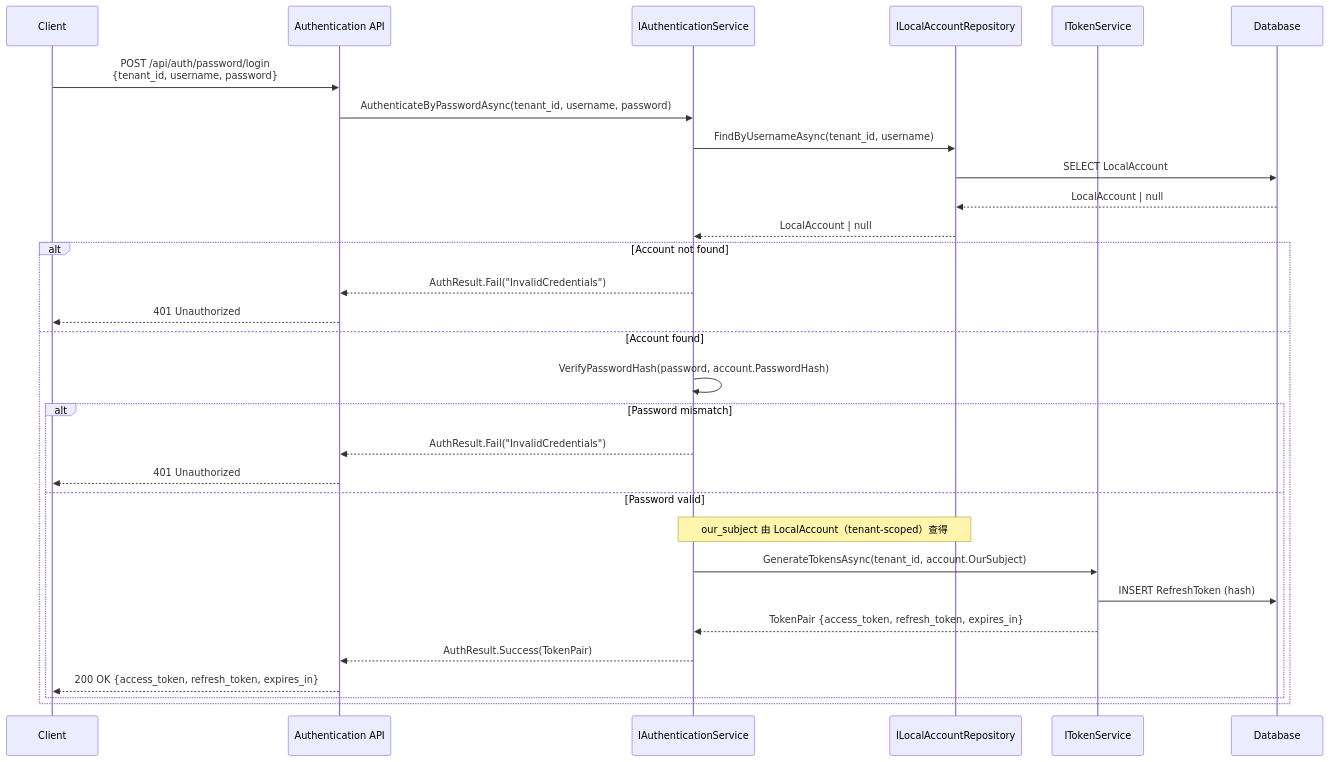
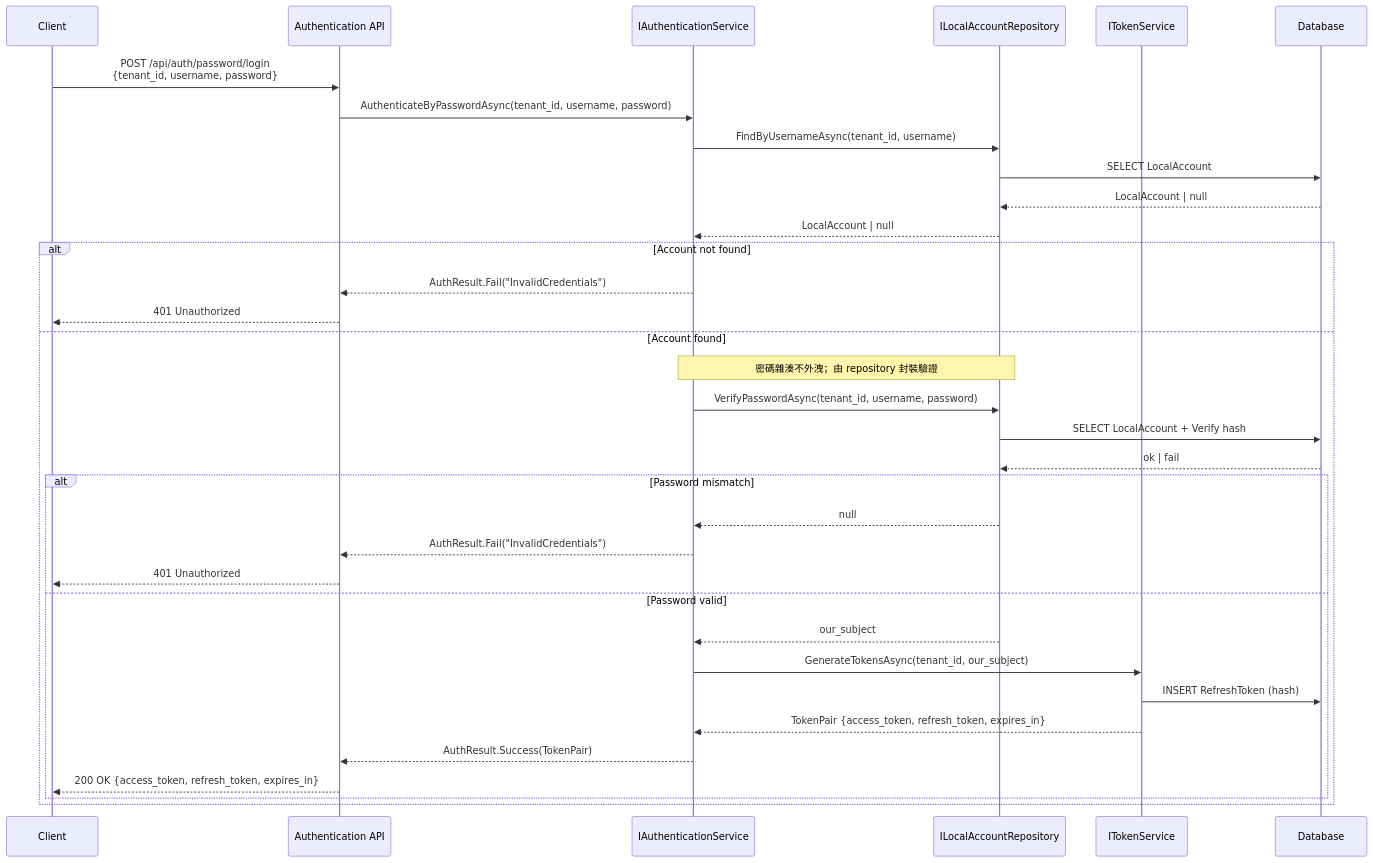
Before and after one commit to Bird73/Service: the first of 12 diagrams in docs/SequenceDiagrams.md, drawn with Mermaid. The commit also changed other lines of this file and 6 other files, not shown here.

Commit message:
Rename authz interface, avoid password hash DTO leakage, and pass AuthStateContext to OIDC exchange

````diff
--- a/docs/SequenceDiagrams.md
+++ b/docs/SequenceDiagrams.md
@@ -9,34 +9,38 @@
 ```mermaid
 sequenceDiagram
     participant C as Client
     participant API as Authentication API
     participant AS as IAuthenticationService
     participant LA as ILocalAccountRepository
     participant TS as ITokenService
     participant DB as Database
 
     C->>API: POST /api/auth/password/login<br/>{tenant_id, username, password}
     API->>AS: AuthenticateByPasswordAsync(tenant_id, username, password)
     AS->>LA: FindByUsernameAsync(tenant_id, username)
     LA->>DB: SELECT LocalAccount
     DB-->>LA: LocalAccount | null
     LA-->>AS: LocalAccount | null
 
     alt Account not found
         AS-->>API: AuthResult.Fail("InvalidCredentials")
         API-->>C: 401 Unauthorized
     else Account found
-        AS->>AS: VerifyPasswordHash(password, account.PasswordHash)
+        note over AS,LA: 密碼雜湊不外洩；由 repository 封裝驗證
+        AS->>LA: VerifyPasswordAsync(tenant_id, username, password)
+        LA->>DB: SELECT LocalAccount + Verify hash
+        DB-->>LA: ok | fail
         alt Password mismatch
+            LA-->>AS: null
             AS-->>API: AuthResult.Fail("InvalidCredentials")
             API-->>C: 401 Unauthorized
         else Password valid
-            note over AS,LA: our_subject 由 LocalAccount（tenant-scoped）查得
-            AS->>TS: GenerateTokensAsync(tenant_id, account.OurSubject)
+            LA-->>AS: our_subject
+            AS->>TS: GenerateTokensAsync(tenant_id, our_subject)
             TS->>DB: INSERT RefreshToken (hash)
             TS-->>AS: TokenPair {access_token, refresh_token, expires_in}
             AS-->>API: AuthResult.Success(TokenPair)
             API-->>C: 200 OK {access_token, refresh_token, expires_in}
         end
     end
 ```
````
